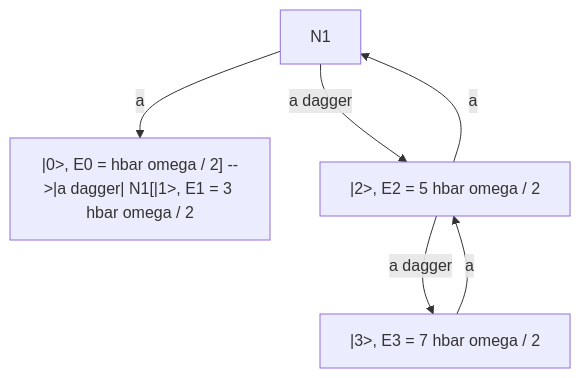
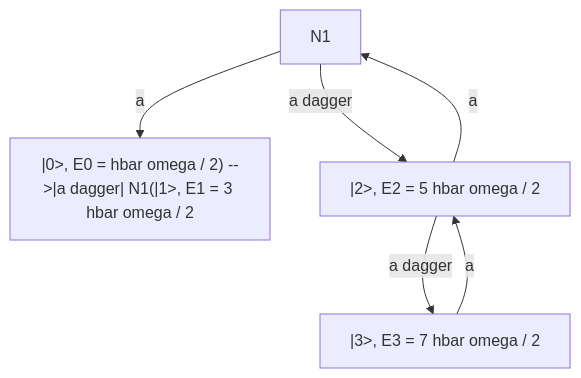
The diagram in docs/physics/quantum-mechanics/harmonic-oscillator-ladder-operators.md (justinbrianhwang/SJ-wiki), drawn with Mermaid before and after one commit. The commit also changed 64 other files, not shown here.

Commit message:
Replace unsupported Mermaid HTML entities #lsqb;/#rsqb; with parentheses (65 files, 317 replacements)

````diff
--- a/docs/physics/quantum-mechanics/harmonic-oscillator-ladder-operators.md
+++ b/docs/physics/quantum-mechanics/harmonic-oscillator-ladder-operators.md
@@ -138,9 +138,9 @@
 ```mermaid
 graph TD
-  N0["|0>, E0 = hbar omega / 2#rsqb; -->|a dagger| N1#lsqb;|1>, E1 = 3 hbar omega / 2"]
+  N0["|0>, E0 = hbar omega / 2) -->|a dagger| N1(|1>, E1 = 3 hbar omega / 2"]
   N1 -->|a dagger| N2["|2>, E2 = 5 hbar omega / 2"]
   N2 -->|a dagger| N3["|3>, E3 = 7 hbar omega / 2"]
   N3 -->|a| N2
   N2 -->|a| N1
   N1 -->|a| N0
 ```
````
